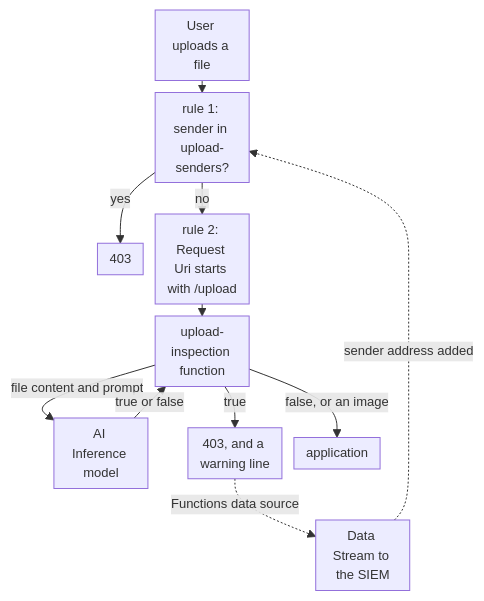
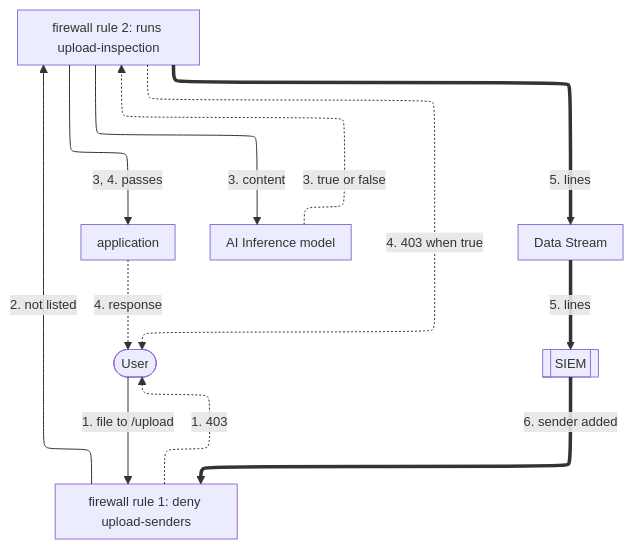
Before and after one commit to aziontech/docs: the diagram in apps/docs/src/content/docs/en/pages/use-cases/secure-applications-and-networks/screen-file-uploads-for-malicious-content.mdx, drawn with Mermaid. The commit also changed other lines of this file and 55 other files, not shown here.

Commit message:
docs(use-cases): redraw the use-case diagrams with the way back and check their claims (#2509)

````diff
--- a/apps/docs/src/content/docs/en/pages/use-cases/secure-applications-and-networks/screen-file-uploads-for-malicious-content.mdx
+++ b/apps/docs/src/content/docs/en/pages/use-cases/secure-applications-and-networks/screen-file-uploads-for-malicious-content.mdx
@@ -41,14 +43,22 @@
 ```mermaid
-%%{init: {"layout": "dagre", "themeVariables": {"fontSize": "13px"}, "flowchart": {"nodeSpacing": 12, "rankSpacing": 12, "padding": 6, "wrappingWidth": 70, "minNodeWidth": 40, "useMaxWidth": true}}}%%
+%%{init: {"layout": "elk", "elk": {"preset": "modelOrder", "keepEntryNodeOnTop": true}, "themeVariables": {"fontSize": "13px"}, "flowchart": {"nodeSpacing": 24, "rankSpacing": 36, "padding": 8, "wrappingWidth": 150, "useMaxWidth": true}, "sequence": {"width": 120, "actorMargin": 30, "useMaxWidth": true}}}%%
 flowchart TD
-  User["User uploads a file"] --> List["rule 1: sender in upload-senders?"]
-  List -->|"yes"| Deny1["403"]
-  List -->|"no"| Rule["rule 2: Request Uri starts with /upload"]
-  Rule --> Fn["upload-inspection function"]
-  Fn -->|"file content and prompt"| AI["AI Inference model"]
-  AI -->|"true or false"| Fn
-  Fn -->|"true"| Deny2["403, and a warning line"]
-  Fn -->|"false, or an image"| App["application"]
-  Deny2 -.->|"Functions data source"| DS["Data Stream to the SIEM"]
-  DS -.->|"sender address added"| List
+  User(["User"])
+  List["firewall rule 1: deny upload-senders"]
+  Fn["firewall rule 2: runs upload-inspection"]
+  App["application"]
+  AI["AI Inference model"]
+  DS["Data Stream"]
+  SIEM[["SIEM"]]
+  User -->|"1. file to /upload"| List
+  List -->|"2. not listed"| Fn
+  Fn -->|"3, 4. passes"| App
+  Fn -->|"3. content"| AI
+  AI -.->|"3. true or false"| Fn
+  App -.->|"4. response"| User
+  List -.->|"1. 403"| User
+  Fn -.->|"4. 403 when true"| User
+  Fn ==>|"5. lines"| DS
+  DS ==>|"5. lines"| SIEM
+  SIEM ==>|"6. sender added"| List
 ```
````
